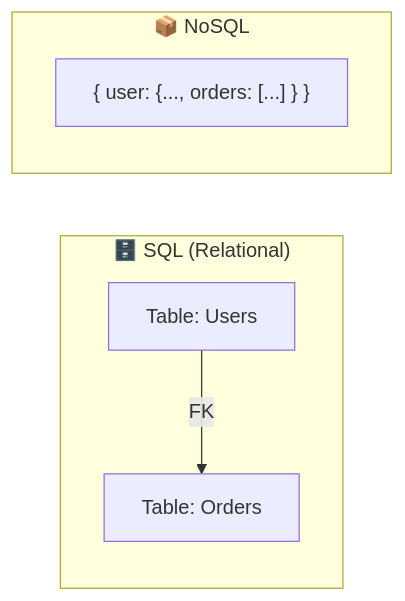
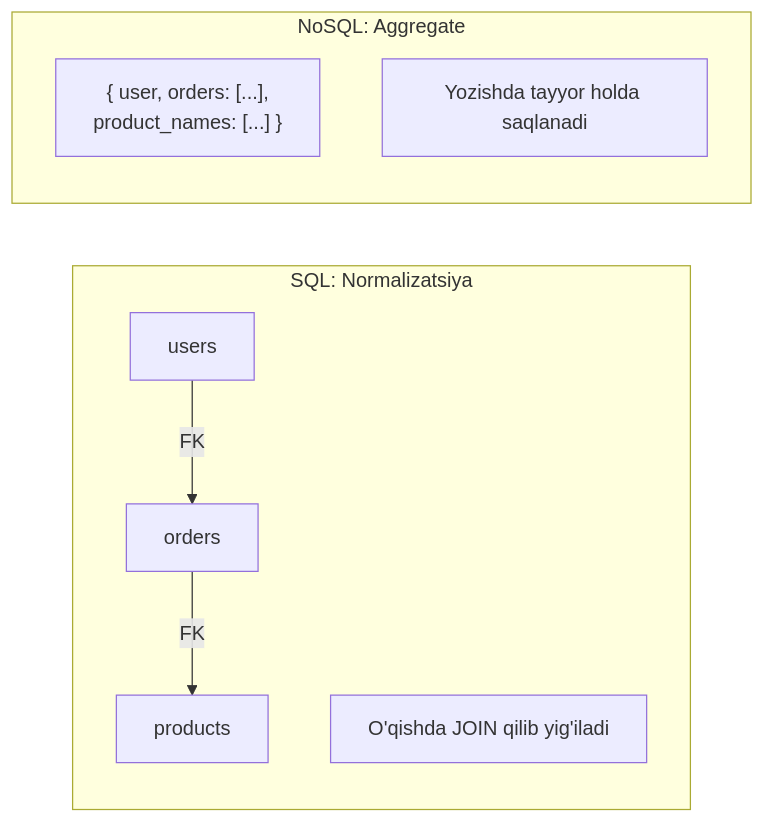
One commit to Otajonoov/dev changed the first of 6 diagrams in System Design/2. Ma'lumotlar Saqlash/1. SQL vs NoSQL.md. Above: the diagram before and after it, drawn with Mermaid. The commit also changed other lines of this file and 240 other files, not shown here.

````diff
--- a/System Design/2. Ma'lumotlar Saqlash/1. SQL vs NoSQL.md
+++ b/System Design/2. Ma'lumotlar Saqlash/1. SQL vs NoSQL.md
@@ -5,12 +20,12 @@
 ```mermaid
 graph LR
-    subgraph SQL["🗄️ SQL (Relational)"]
-        T1[Table: Users]
-        T2[Table: Orders]
-        T1 -->|FK| T2
+    subgraph SQL["SQL: Normalizatsiya"]
+        U[users] -->|FK| O[orders]
+        O -->|FK| P[products]
+        Note1["O'qishda JOIN qilib yig'iladi"]
     end
-
-    subgraph NoSQL["📦 NoSQL"]
-        D1["{ user: {..., orders: [...] } }"]
+    subgraph NoSQL["NoSQL: Aggregate"]
+        D["{ user, orders: [...],<br/>product_names: [...] }"]
+        Note2["Yozishda tayyor holda saqlanadi"]
     end
 ```
````
